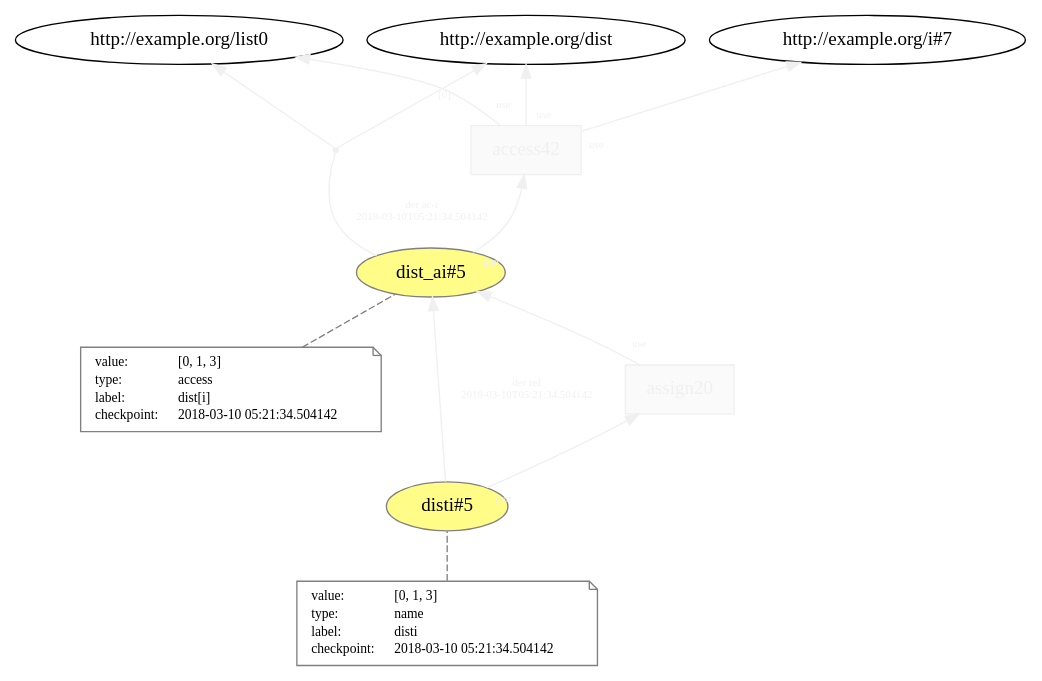
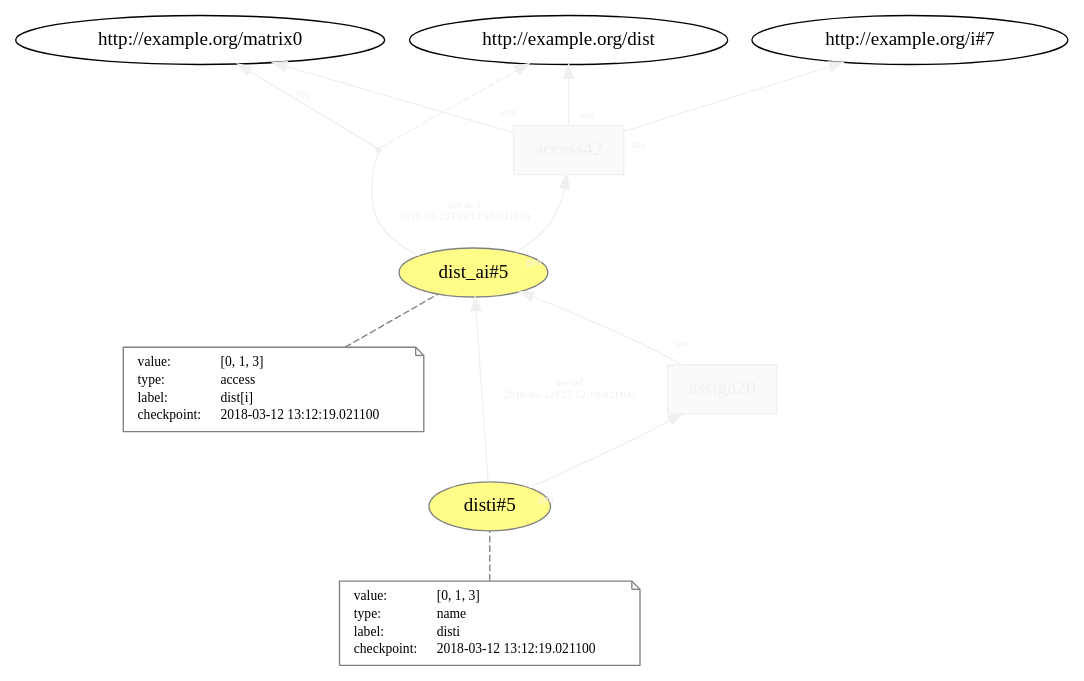
One commit to dew-uff/versioned-prov changed the diagram in generated/versioned_prov/temp/L16__access__assign_5.dot. Above: the diagram before and after it, drawn with Graphviz. The commit also changed 327 other files, not shown here.

```diff
--- a/generated/versioned_prov/temp/L16__access__assign_5.dot
+++ b/generated/versioned_prov/temp/L16__access__assign_5.dot
@@ -1,57 +1,57 @@
 digraph "PROV" { size="16,12"; rankdir="BT";
 "http://example.org/dist_ai#5" [fillcolor="#FFFC87",color="#808080",style="filled",label="dist_ai#5",URL="http://example.org/dist_ai#5"]
 "-attrs0" [color="gray",shape="note",fontsize="10",fontcolor="black",label=<<TABLE cellpadding="0" border="0">
 	<TR>
 	    <TD align="left">value:</TD>
 	    <TD align="left">[0, 1, 3]</TD>
 	</TR>
 	<TR>
 	    <TD align="left">type:</TD>
 	    <TD align="left">access</TD>
 	</TR>
 	<TR>
 	    <TD align="left">label:</TD>
 	    <TD align="left">dist[i]</TD>
 	</TR>
 	<TR>
 	    <TD align="left">checkpoint:</TD>
-	    <TD align="left">2018-03-10 05:21:34.504142</TD>
+	    <TD align="left">2018-03-12 13:12:19.021100</TD>
 	</TR>
 </TABLE>>]
 "-attrs0" -> "http://example.org/dist_ai#5" [color="gray",style="dashed",arrowhead="none"]
 "http://example.org/access42" [fillcolor="#FAFAFA",color="#F0F0F0",shape="polygon",sides="4",style="filled",fontcolor="#F0F0F0",label="access42",URL="http://example.org/access42"]
 "bn0" [shape="point",label="",fontcolor="#F0F0F0",color="#F0F0F0"]
 "http://example.org/dist_ai#5" -> "bn0" [fontsize="8",distance="1.5",angle="60.0",rotation="20",label="der ac-r
-2018-03-10T05:21:34.504142",arrowhead="none",fontcolor="#F0F0F0",color="#F0F0F0"]
-"bn0" -> "http://example.org/dist" [fontsize="8",distance="1.5",angle="60.0",rotation="20",label="[0]",fontcolor="#F0F0F0",color="#F0F0F0"]
-"bn0" -> "http://example.org/list0" [fontcolor="#F0F0F0",color="#F0F0F0"]
+2018-03-12T13:12:19.021100",arrowhead="none",fontcolor="#F0F0F0",color="#F0F0F0"]
+"bn0" -> "http://example.org/dist" [style="dashed",fontcolor="#F0F0F0",color="#F0F0F0"]
+"bn0" -> "http://example.org/matrix0" [fontsize="8",distance="1.5",angle="60.0",rotation="20",label="[0]",fontcolor="#F0F0F0",color="#F0F0F0"]
 "http://example.org/access42" -> "http://example.org/dist" [labelfontsize="8",labeldistance="1.5",labelangle="60.0",rotation="20",taillabel="use",fontcolor="#F0F0F0",color="#F0F0F0"]
 "http://example.org/access42" -> "http://example.org/i#7" [labelfontsize="8",labeldistance="1.5",labelangle="60.0",rotation="20",taillabel="use",fontcolor="#F0F0F0",color="#F0F0F0"]
 "http://example.org/disti#5" [fillcolor="#FFFC87",color="#808080",style="filled",label="disti#5",URL="http://example.org/disti#5"]
 "-attrs1" [color="gray",shape="note",fontsize="10",fontcolor="black",label=<<TABLE cellpadding="0" border="0">
 	<TR>
 	    <TD align="left">value:</TD>
 	    <TD align="left">[0, 1, 3]</TD>
 	</TR>
 	<TR>
 	    <TD align="left">type:</TD>
 	    <TD align="left">name</TD>
 	</TR>
 	<TR>
 	    <TD align="left">label:</TD>
 	    <TD align="left">disti</TD>
 	</TR>
 	<TR>
 	    <TD align="left">checkpoint:</TD>
-	    <TD align="left">2018-03-10 05:21:34.504142</TD>
+	    <TD align="left">2018-03-12 13:12:19.021100</TD>
 	</TR>
 </TABLE>>]
 "-attrs1" -> "http://example.org/disti#5" [color="gray",style="dashed",arrowhead="none"]
 "http://example.org/assign20" [fillcolor="#FAFAFA",color="#F0F0F0",shape="polygon",sides="4",style="filled",fontcolor="#F0F0F0",label="assign20",URL="http://example.org/assign20"]
 "http://example.org/disti#5" -> "http://example.org/dist_ai#5" [fontsize="8",distance="1.5",angle="60.0",rotation="20",label="der ref
-2018-03-10T05:21:34.504142",fontcolor="#F0F0F0",color="#F0F0F0"]
-"http://example.org/access42" -> "http://example.org/list0" [labelfontsize="8",labeldistance="1.5",labelangle="60.0",rotation="20",taillabel="use",fontcolor="#F0F0F0",color="#F0F0F0"]
+2018-03-12T13:12:19.021100",fontcolor="#F0F0F0",color="#F0F0F0"]
 "http://example.org/assign20" -> "http://example.org/dist_ai#5" [labelfontsize="8",labeldistance="1.5",labelangle="60.0",rotation="20",taillabel="use",fontcolor="#F0F0F0",color="#F0F0F0"]
+"http://example.org/access42" -> "http://example.org/matrix0" [labelfontsize="8",labeldistance="1.5",labelangle="60.0",rotation="20",taillabel="use",fontcolor="#F0F0F0",color="#F0F0F0"]
+"http://example.org/disti#5" -> "http://example.org/assign20" [labelfontsize="8",labeldistance="1.5",labelangle="60.0",rotation="20",taillabel="gen",fontcolor="#F0F0F0",color="#F0F0F0"]
 "http://example.org/dist_ai#5" -> "http://example.org/access42" [labelfontsize="8",labeldistance="1.5",labelangle="60.0",rotation="20",taillabel="gen",fontcolor="#F0F0F0",color="#F0F0F0"]
-"http://example.org/disti#5" -> "http://example.org/assign20" [labelfontsize="8",labeldistance="1.5",labelangle="60.0",rotation="20",taillabel="gen",fontcolor="#F0F0F0",color="#F0F0F0"]
 }
```
